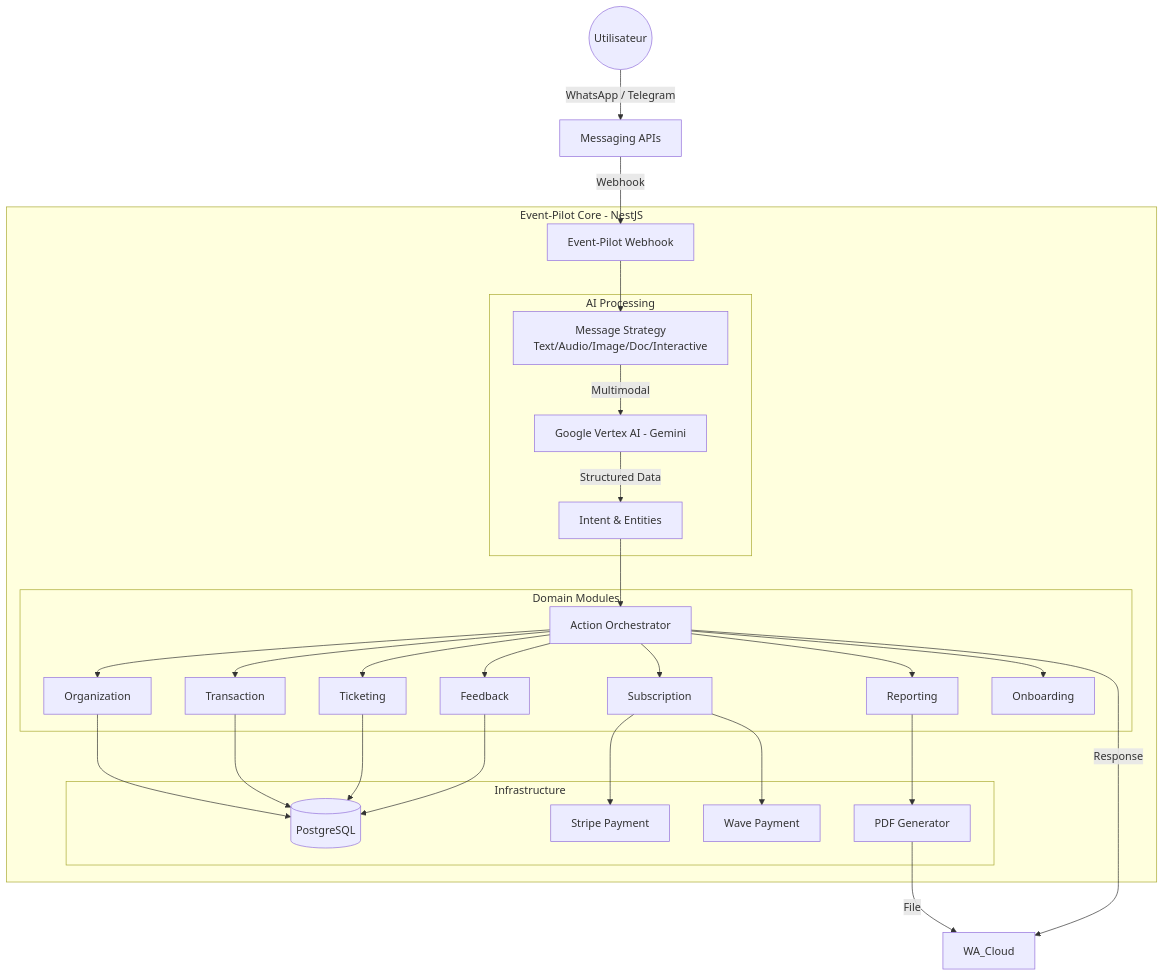
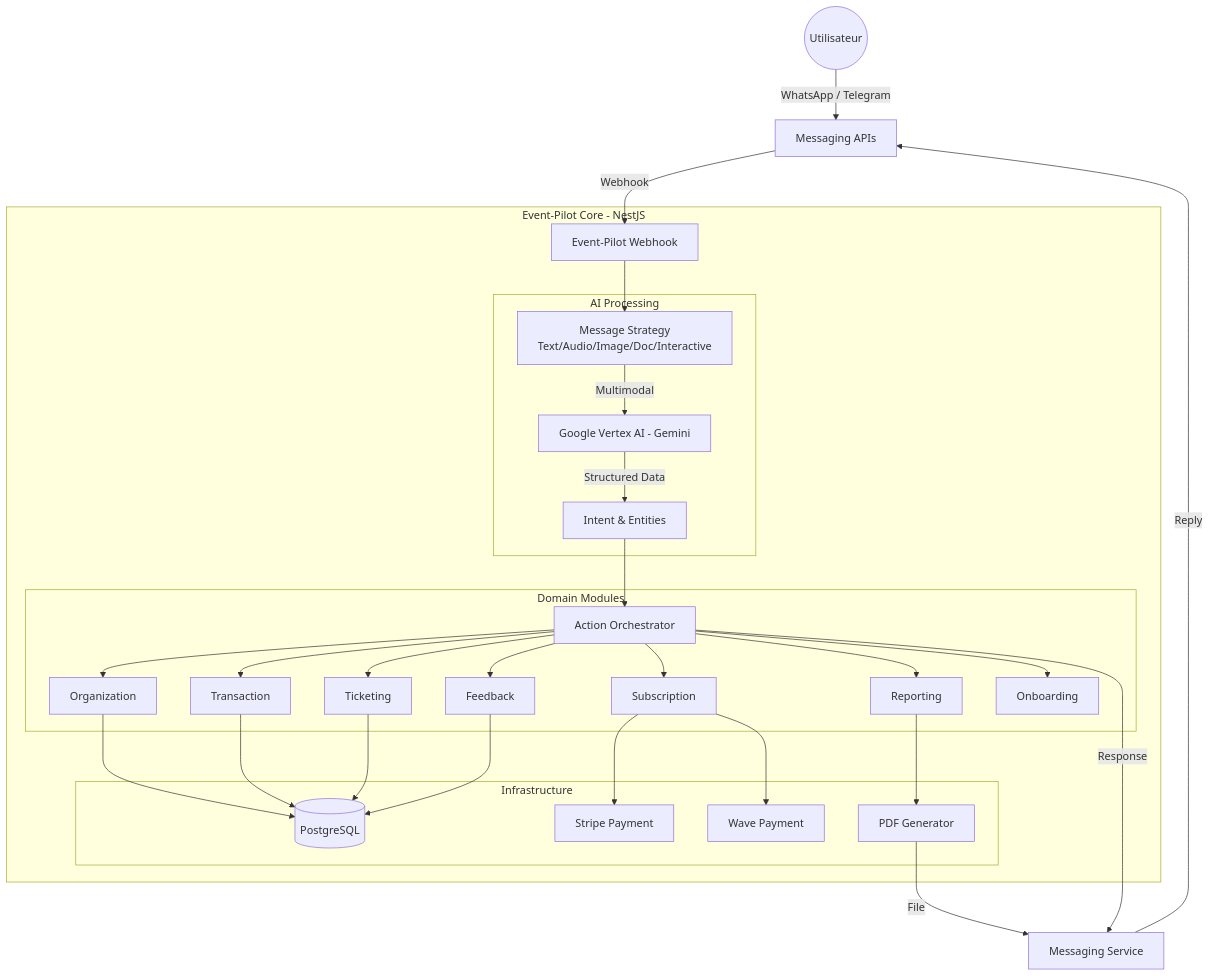
The first of 3 diagrams in backend/docs/functional_specs.md (yetininoliviercoulibaly/Sikaflow), drawn with Mermaid before and after one commit. The commit also changed other lines of this file and 4 other files, not shown here.

Commit message:
docs: fix architecture diagram and update all project documentation

````diff
--- a/backend/docs/functional_specs.md
+++ b/backend/docs/functional_specs.md
@@ -15,39 +15,40 @@
 ```mermaid
 graph TD
     User((Utilisateur)) -->|WhatsApp / Telegram| Cloud_API[Messaging APIs]
     Cloud_API -->|Webhook| EP_Webhook[Event-Pilot Webhook]
 
     subgraph "Event-Pilot Core - NestJS"
         EP_Webhook --> Strategy[Message Strategy<br/>Text/Audio/Image/Doc/Interactive]
 
         subgraph "AI Processing"
             Strategy -->|Multimodal| GEMINI[Google Vertex AI - Gemini]
             GEMINI -->|Structured Data| Intent[Intent & Entities]
         end
 
         Intent --> ActionHandler[Action Orchestrator]
 
         subgraph "Domain Modules"
             ActionHandler --> OrgMod[Organization]
             ActionHandler --> TransMod[Transaction]
             ActionHandler --> SubMod[Subscription]
             ActionHandler --> RepMod[Reporting]
             ActionHandler --> TicketMod[Ticketing]
             ActionHandler --> FeedMod[Feedback]
             ActionHandler --> OnboardMod[Onboarding]
         end
 
         subgraph "Infrastructure"
             OrgMod --> DB[(PostgreSQL)]
             TransMod --> DB
             TicketMod --> DB
             SubMod --> Stripe[Stripe Payment]
             SubMod --> Wave[Wave Payment]
             RepMod --> PDF[PDF Generator]
             FeedMod --> DB
         end
     end
 
-    PDF -->|File| WA_Cloud
-    ActionHandler -->|Response| WA_Cloud
+    PDF -->|File| Messaging_Service[Messaging Service]
+    ActionHandler -->|Response| Messaging_Service
+    Messaging_Service -->|Reply| Cloud_API
 ```
````
